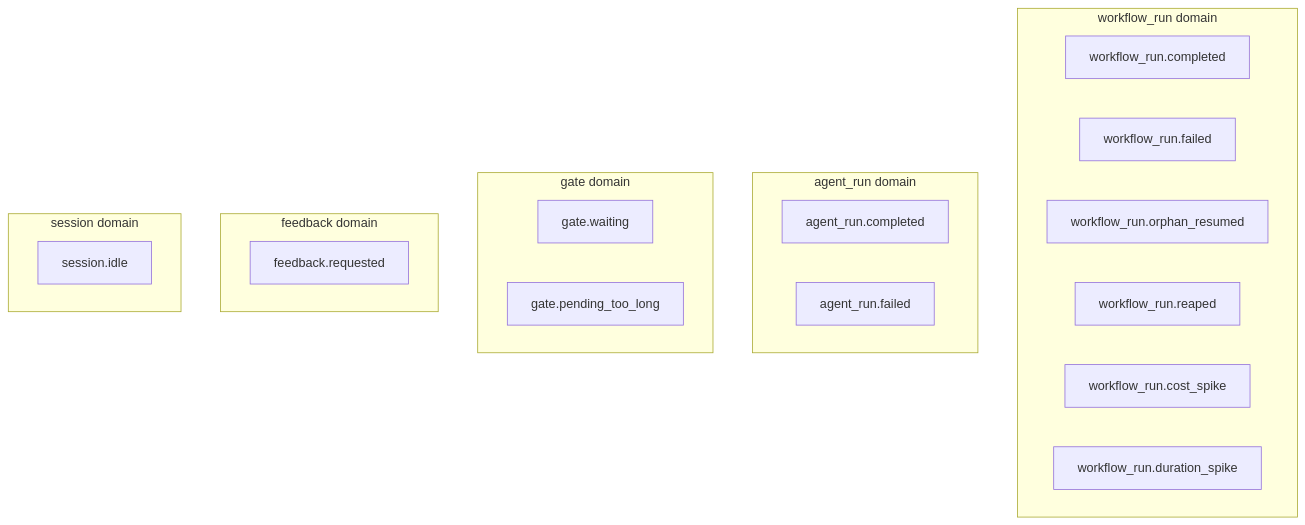
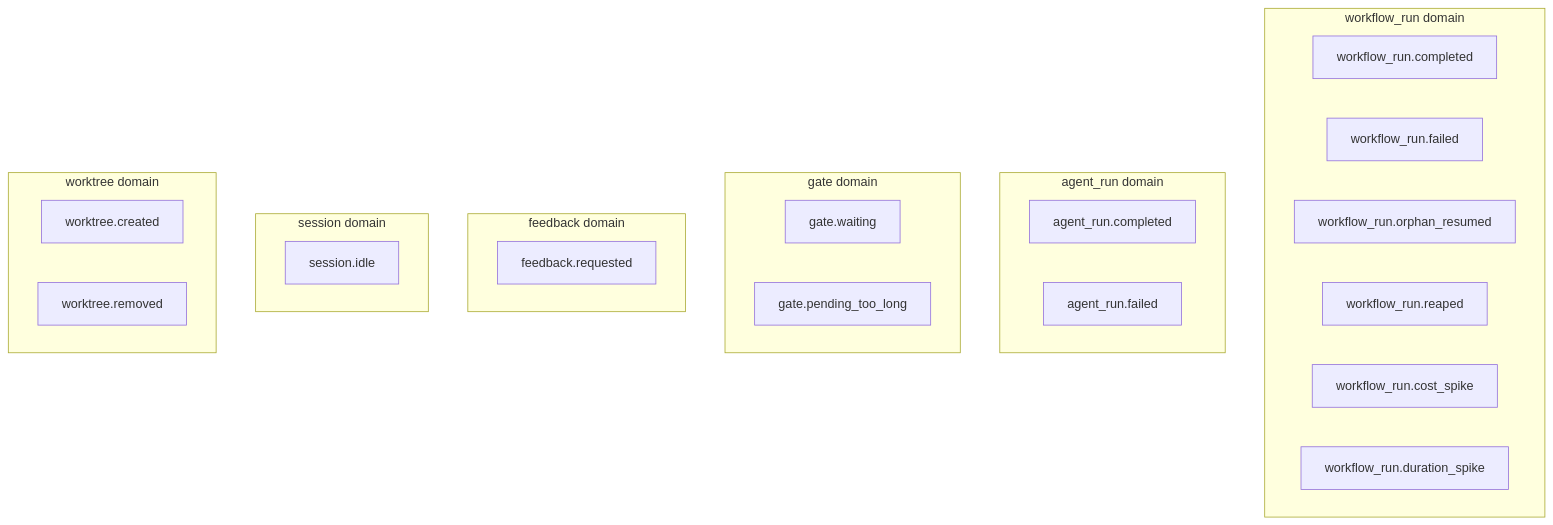
One commit to devinrosen/conductor-ai changed the first of 6 diagrams in docs/notification-hooks.md. Above: the diagram before and after it, drawn with Mermaid. The commit also changed other lines of this file and 9 other files, not shown here.

First line of the commit message:
feat(hooks): fire worktree.created and worktree.removed notify hook events (#3426)

````diff
--- a/docs/notification-hooks.md
+++ b/docs/notification-hooks.md
@@ -15,29 +15,34 @@
 ```mermaid
 flowchart TD
     subgraph WF["workflow_run domain"]
         WRC["workflow_run.completed"]
         WRF["workflow_run.failed"]
         WRO["workflow_run.orphan_resumed"]
         WRR["workflow_run.reaped"]
         WCS["workflow_run.cost_spike"]
         WDS["workflow_run.duration_spike"]
     end
 
     subgraph AG["agent_run domain"]
         ARC["agent_run.completed"]
         ARF["agent_run.failed"]
     end
 
     subgraph GT["gate domain"]
         GW["gate.waiting"]
         GPT["gate.pending_too_long"]
     end
 
     subgraph FB["feedback domain"]
         FR["feedback.requested"]
     end
 
     subgraph SS["session domain"]
         SI["session.idle"]
     end
+
+    subgraph WT["worktree domain"]
+        WTC["worktree.created"]
+        WTR["worktree.removed"]
+    end
 ```
````
